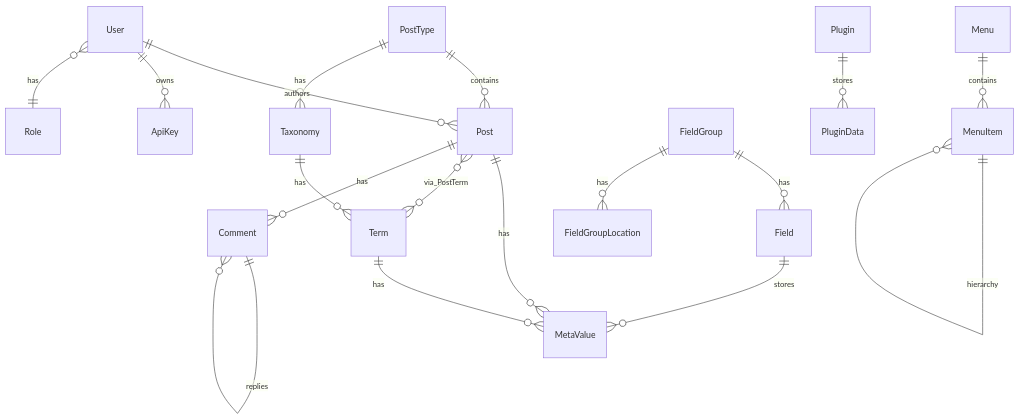
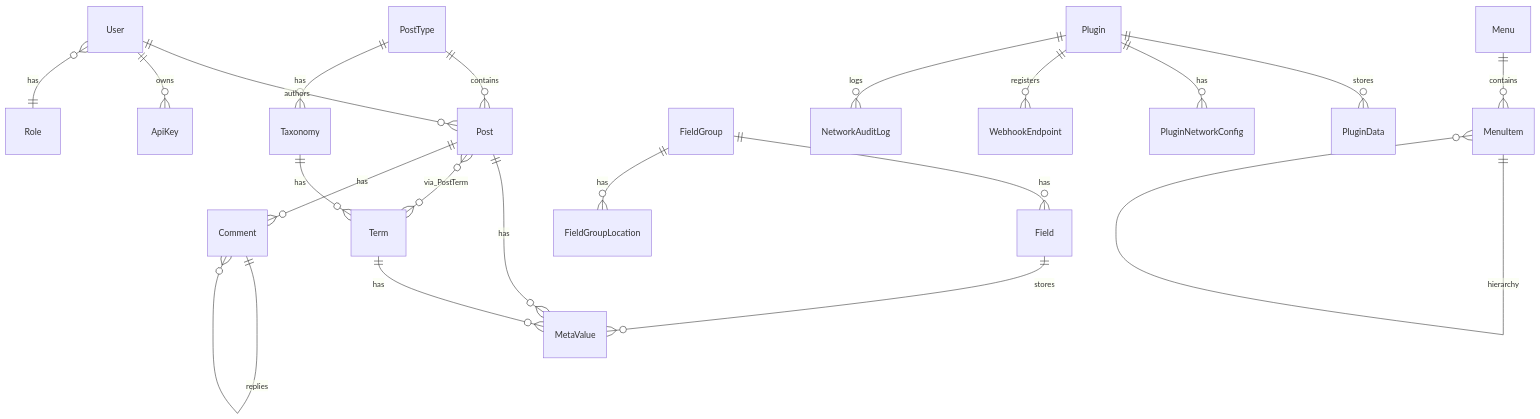
One commit to JudahAragao/blacklotuscms changed the diagram in specs/architecture/database-design.md. Above: the diagram before and after it, drawn with Mermaid. The commit also changed other lines of this file and 27 other files, not shown here.

````diff
--- a/specs/architecture/database-design.md
+++ b/specs/architecture/database-design.md
@@ -12,20 +12,23 @@
 ```mermaid
 erDiagram
     User ||--o{ Post : authors
     User ||--o{ ApiKey : owns
     User }o--|| Role : has
     PostType ||--o{ Post : contains
     PostType ||--o{ Taxonomy : has
     FieldGroup ||--o{ Field : has
     FieldGroup ||--o{ FieldGroupLocation : has
     Post ||--o{ MetaValue : has
     Term ||--o{ MetaValue : has
     Field ||--o{ MetaValue : stores
     Taxonomy ||--o{ Term : has
     Post }o--o{ Term : via_PostTerm
     Post ||--o{ Comment : has
     Comment ||--o{ Comment : replies
     Plugin ||--o{ PluginData : stores
+    Plugin ||--o{ PluginNetworkConfig : has
+    Plugin ||--o{ WebhookEndpoint : registers
+    Plugin ||--o{ NetworkAuditLog : logs
     Menu ||--o{ MenuItem : contains
     MenuItem ||--o{ MenuItem : hierarchy
 ```
````
